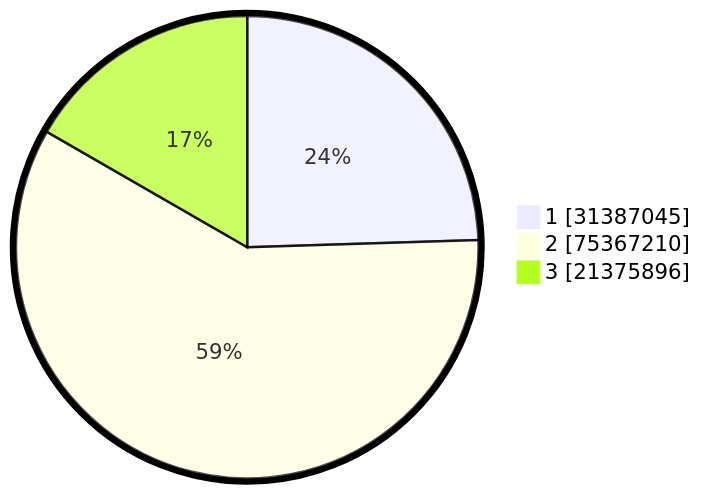
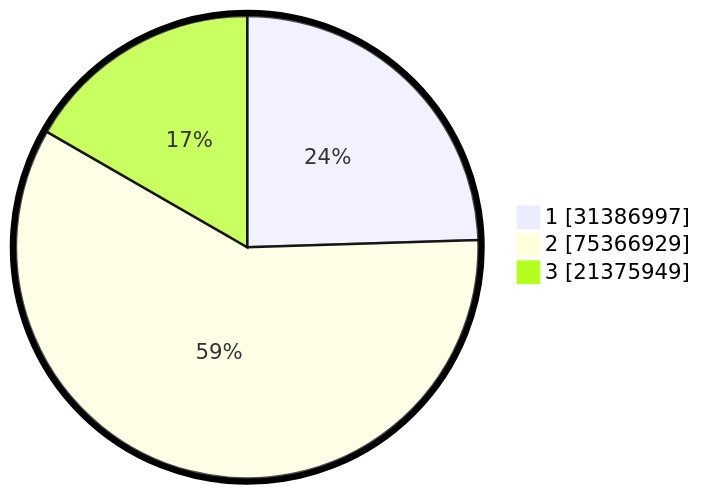
Before and after one commit to gigit-pemilu/pemilu-2024: the second of 2 diagrams in pilpres/hitung-suara/README.md, drawn with Mermaid. The commit also changed other lines of this file and 7 other files, not shown here.

````diff
--- a/pilpres/hitung-suara/README.md
+++ b/pilpres/hitung-suara/README.md
@@ -93,7 +93,7 @@
 ```mermaid
 %%{init: {"pie": {"textPosition": 0.5}, "themeVariables": {"pieOuterStrokeWidth": "5px"}} }%%
 pie showData
-    "1" : 31387045
-    "2" : 75367210
-    "3" : 21375896
+    "1" : 31386997
+    "2" : 75366929
+    "3" : 21375949
 ```
````
